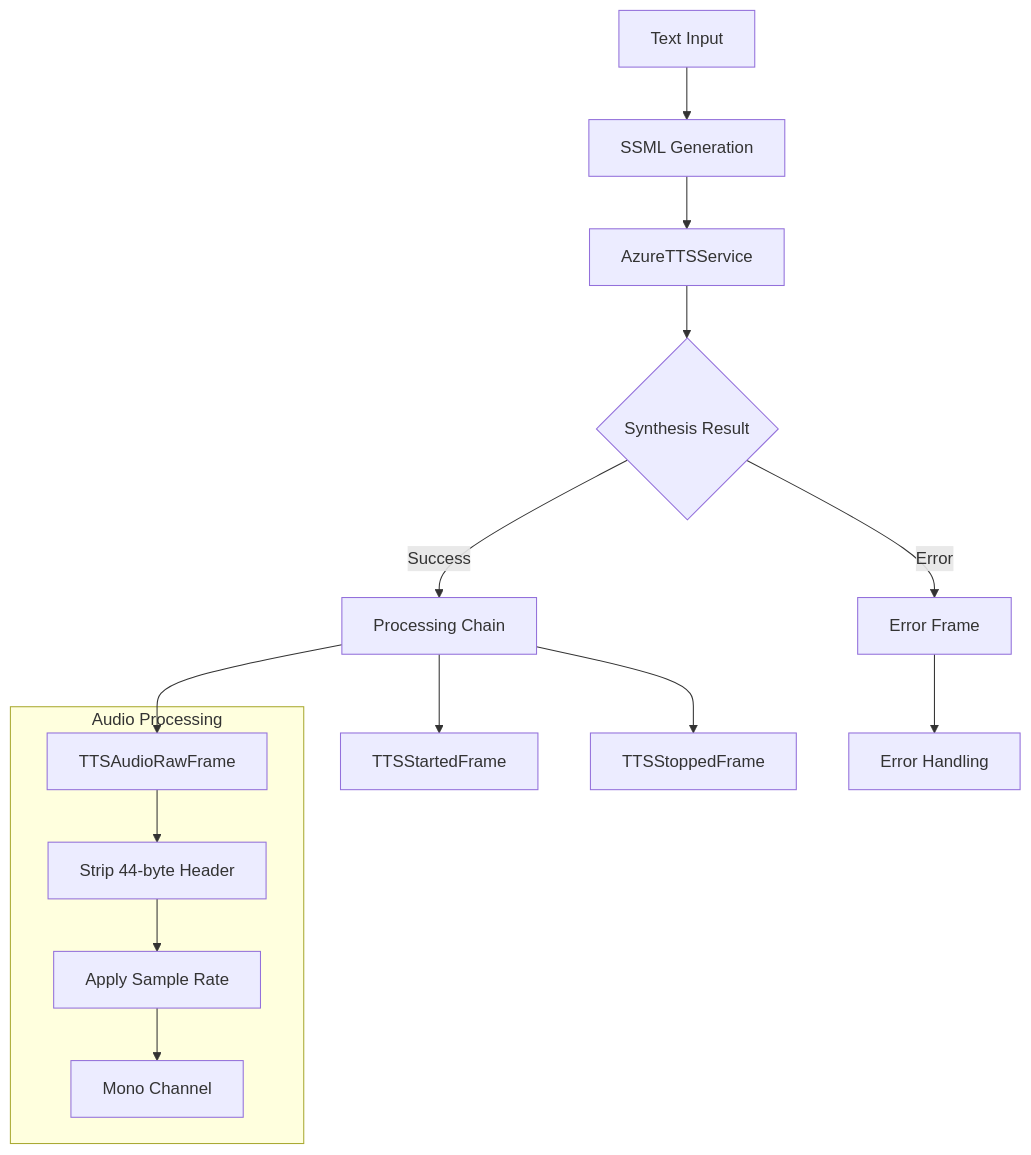
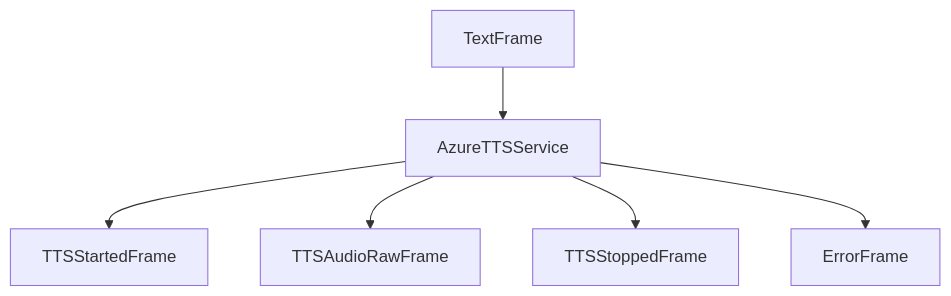
Before and after one commit to pipecat-ai/docs: the diagram in api-reference/services/tts/azure.mdx, drawn with Mermaid. The commit also changed other lines of this file and 25 other files, not shown here.

Commit message:
Clean up Frame Flow diagrams

````diff
--- a/api-reference/services/tts/azure.mdx
+++ b/api-reference/services/tts/azure.mdx
@@ -195,18 +183,8 @@
 ```mermaid
 graph TD
-    A[Text Input] --> B[SSML Generation]
-    B --> C[AzureTTSService]
-    C --> D{Synthesis Result}
-    D -->|Success| E[Processing Chain]
-    D -->|Error| F[Error Frame]
-    E --> G[TTSStartedFrame]
-    E --> H[TTSAudioRawFrame]
-    E --> I[TTSStoppedFrame]
-    F --> J[Error Handling]
-
-    subgraph "Audio Processing"
-        H --> K[Strip 44-byte Header]
-        K --> L[Apply Sample Rate]
-        L --> M[Mono Channel]
-    end
+    A[TextFrame] --> B[AzureTTSService]
+    B --> C[TTSStartedFrame]
+    B --> D[TTSAudioRawFrame]
+    B --> E[TTSStoppedFrame]
+    B --> G[ErrorFrame]
 ```
````
